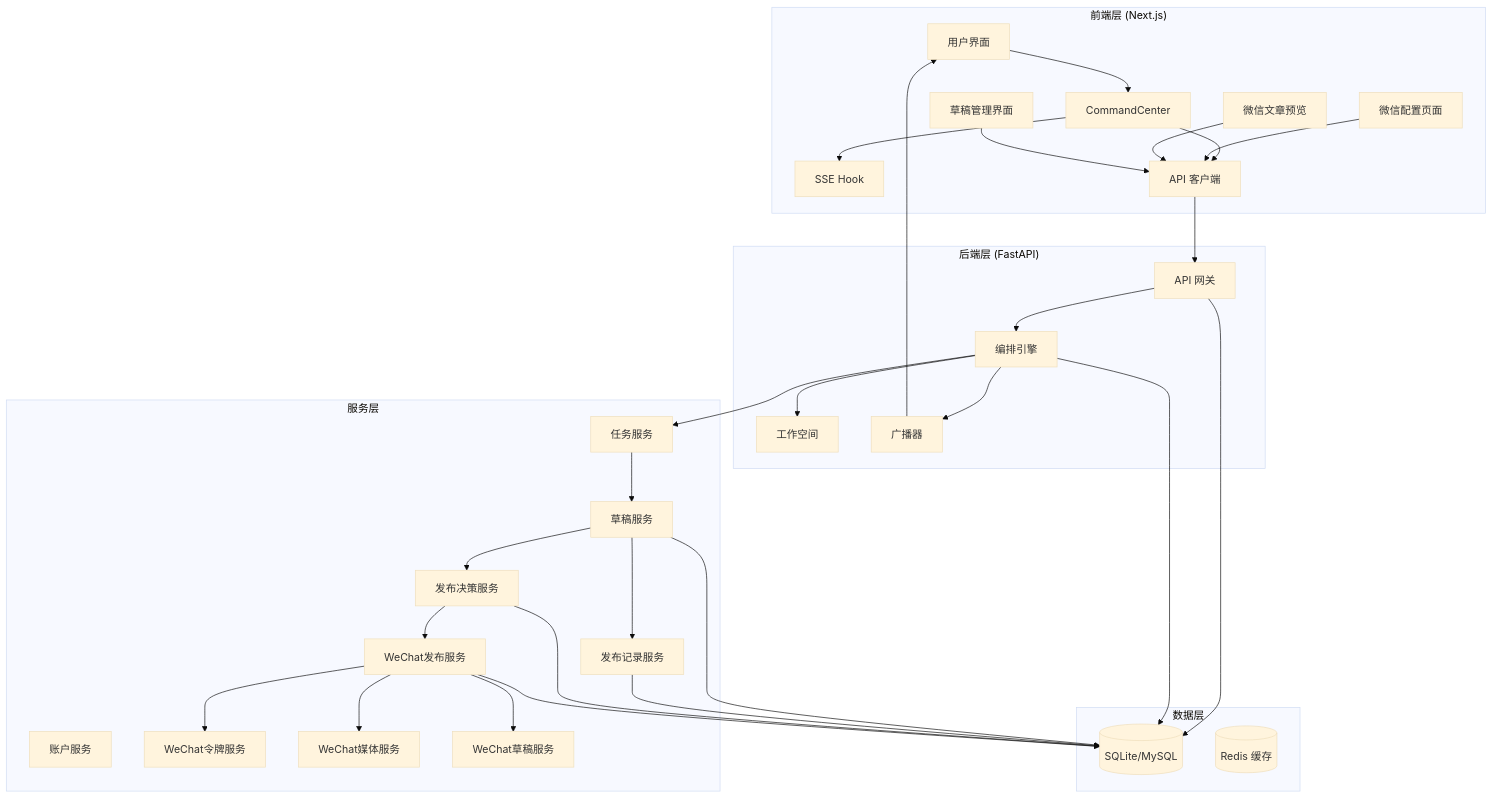
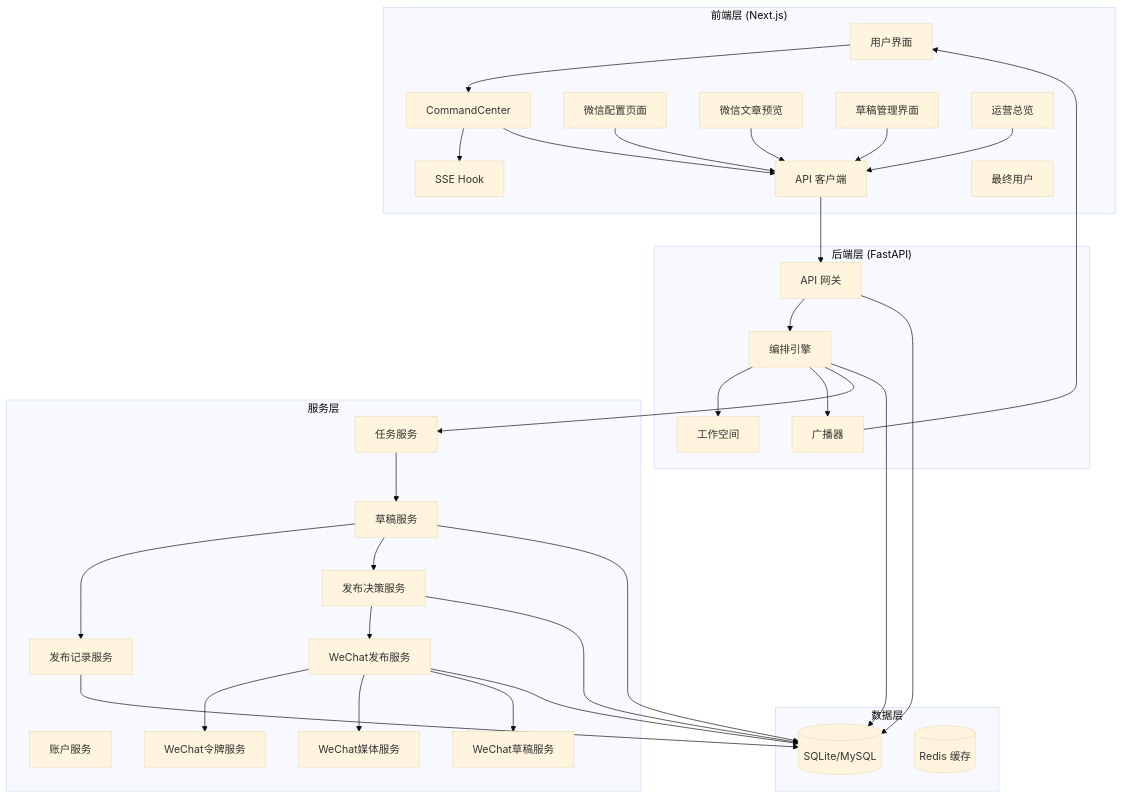
The first of 26 diagrams in .qoder/repowiki/zh/content/后端开发/草稿管理系统.md (sansansansansan2022-web/hotclaw), drawn with Mermaid (base theme) before and after one commit. The commit also changed other lines of this file and 860 other files, not shown here.

````diff
--- a/.qoder/repowiki/zh/content/后端开发/草稿管理系统.md
+++ b/.qoder/repowiki/zh/content/后端开发/草稿管理系统.md
@@ -75,58 +77,61 @@
 ```mermaid
 graph TB
 subgraph "前端层 (Next.js)"
 UI[用户界面]
 CC[CommandCenter]
 SSE[SSE Hook]
 API[API 客户端]
 WeChatSettings[微信配置页面]
 WeChatArticle[微信文章预览]
 Drafts[草稿管理界面]
+Dashboard[运营总览]
+EndUser[最终用户]
 end
 subgraph "后端层 (FastAPI)"
 GW[API 网关]
 ORCH[编排引擎]
 WS[工作空间]
 BB[广播器]
 end
 subgraph "服务层"
 TS[任务服务]
 DS[草稿服务]
 PRS[发布记录服务]
 PDS[发布决策服务]
 AS[账户服务]
 WPS[WeChat发布服务]
 WTS[WeChat令牌服务]
 WMS[WeChat媒体服务]
 WDS[WeChat草稿服务]
 end
 subgraph "数据层"
 DB[(SQLite/MySQL)]
 REDIS[(Redis 缓存)]
 end
 UI --> CC
 CC --> SSE
 CC --> API
 WeChatSettings --> API
 WeChatArticle --> API
 Drafts --> API
+Dashboard --> API
 API --> GW
 GW --> ORCH
 ORCH --> WS
 ORCH --> BB
 ORCH --> TS
 TS --> DS
 DS --> PRS
 DS --> PDS
 PDS --> WPS
 WPS --> WTS
 WPS --> WMS
 WPS --> WDS
 GW --> DB
 ORCH --> DB
 DS --> DB
 PRS --> DB
 PDS --> DB
 WPS --> DB
 BB --> UI
 ```
````
